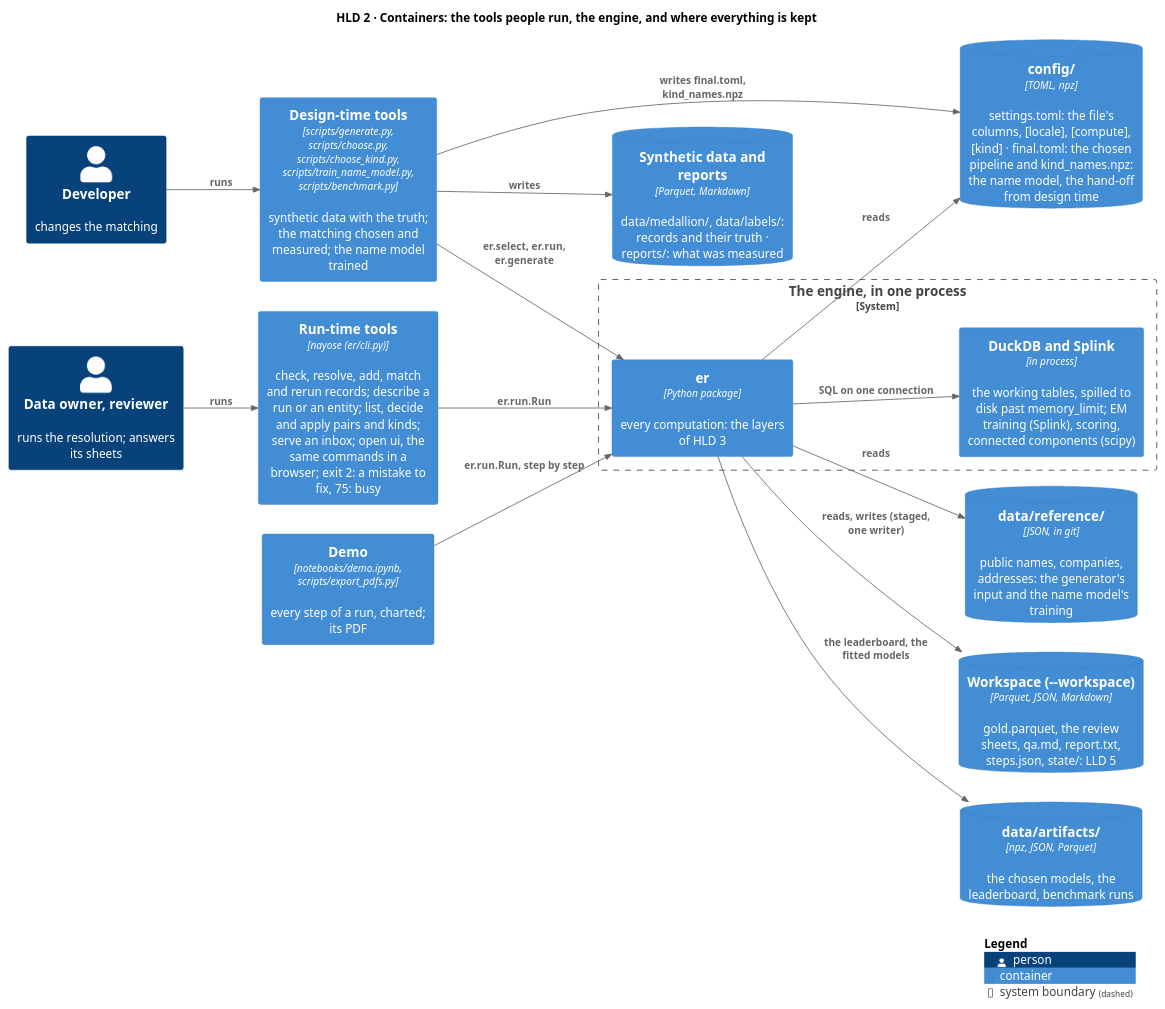
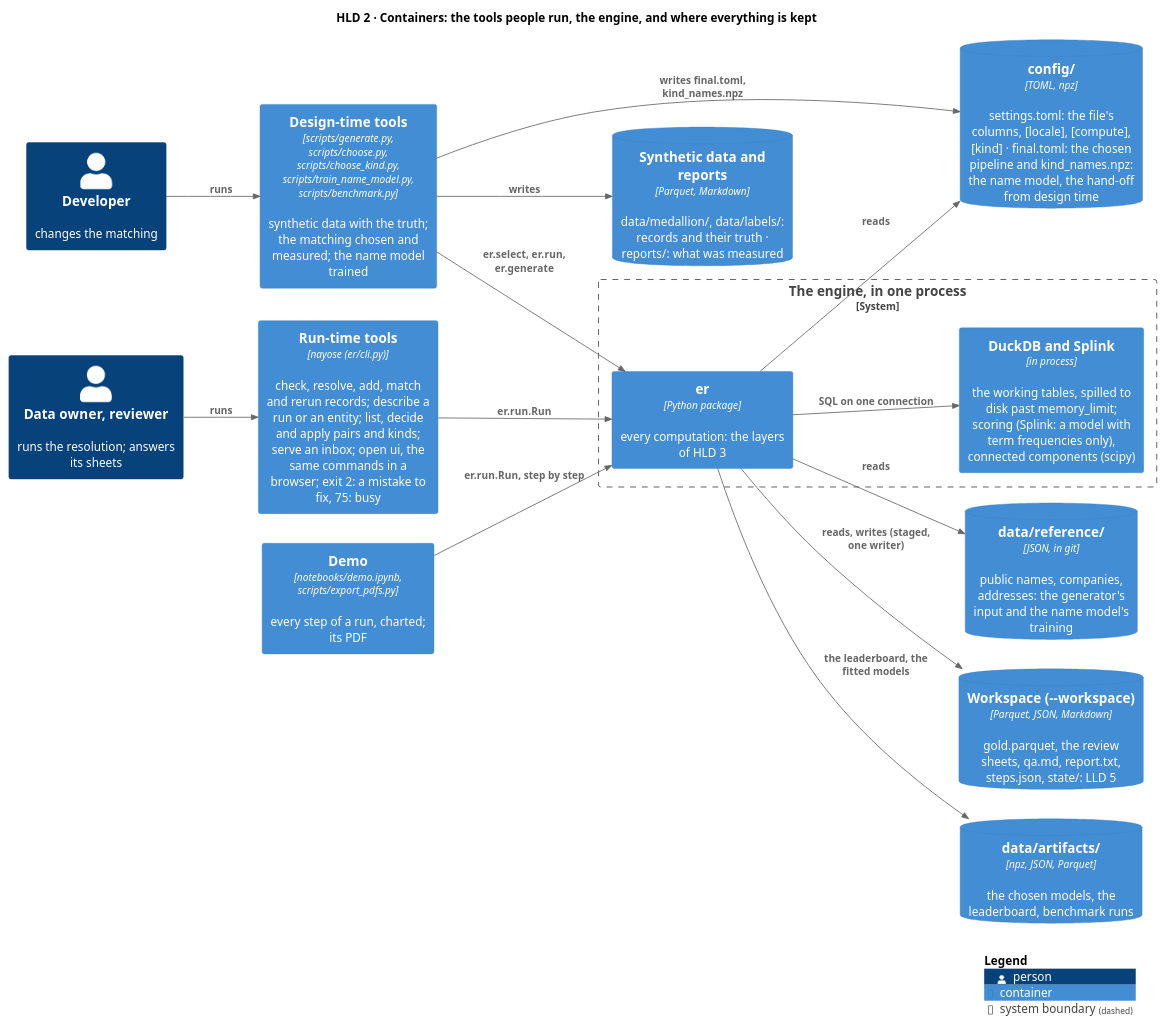
The diagram in docs/diagrams/containers.puml (mvsbm/entity_matching), drawn with PlantUML before and after one commit. The commit also changed 12 other files, not shown here.

First line of the commit message:
The model is fitted by our own code, not Splink's linker: er.fit holds λ from the near-certain rules, the EM sessions, and m from labels, ported from Splink 5.0

```diff
--- a/docs/diagrams/containers.puml
+++ b/docs/diagrams/containers.puml
@@ -1,39 +1,39 @@
 @startuml containers
 !include <C4/C4_Container>
 LAYOUT_LEFT_RIGHT()
 HIDE_STEREOTYPE()
 title HLD 2 · Containers: the tools people run, the engine, and where everything is kept
 
 Person(owner, "Data owner, reviewer", "runs the resolution; answers its sheets")
 Person(developer, "Developer", "changes the matching")
 
 Container(runtime, "Run-time tools", "nayose (er/cli.py)", "check, resolve, add, match and rerun records; describe a run or an entity; list, decide and apply pairs and kinds; serve an inbox; open ui, the same commands in a browser; exit 2: a mistake to fix, 75: busy")
 Container(designtime, "Design-time tools", "scripts/generate.py, scripts/choose.py, scripts/choose_kind.py, scripts/train_name_model.py, scripts/benchmark.py", "synthetic data with the truth; the matching chosen and measured; the name model trained")
 Container(demo, "Demo", "notebooks/demo.ipynb, scripts/export_pdfs.py", "every step of a run, charted; its PDF")
 
 System_Boundary(engine, "The engine, in one process") {
   Container(er, "er", "Python package", "every computation: the layers of HLD 3")
-  Container(duckdb, "DuckDB and Splink", "in process", "the working tables, spilled to disk past memory_limit; EM training (Splink), scoring, connected components (scipy)")
+  Container(duckdb, "DuckDB and Splink", "in process", "the working tables, spilled to disk past memory_limit; scoring (Splink: a model with term frequencies only), connected components (scipy)")
 }
 
 ContainerDb(config, "config/", "TOML, npz", "settings.toml: the file's columns, [locale], [compute], [kind] · final.toml: the chosen pipeline and kind_names.npz: the name model, the hand-off from design time")
 ContainerDb(reference, "data/reference/", "JSON, in git", "public names, companies, addresses: the generator's input and the name model's training")
 ContainerDb(runfolder, "Workspace (~--workspace)", "Parquet, JSON, Markdown", "gold.parquet, the review sheets, qa.md, report.txt, steps.json, state/: LLD 5")
 ContainerDb(artifacts, "data/artifacts/", "npz, JSON, Parquet", "the chosen models, the leaderboard, benchmark runs")
 ContainerDb(synthetic, "Synthetic data and reports", "Parquet, Markdown", "data/medallion/, data/labels/: records and their truth · reports/: what was measured")
 
 Rel(owner, runtime, "runs")
 Rel(developer, designtime, "runs")
 Rel(runtime, er, "er.run.Run")
 Rel(designtime, er, "er.select, er.run, er.generate")
 Rel(demo, er, "er.run.Run, step by step")
 Rel(er, duckdb, "SQL on one connection")
 Rel(er, config, "reads")
 Rel(er, reference, "reads")
 Rel(er, runfolder, "reads, writes (staged, one writer)")
 Rel(er, artifacts, "the leaderboard, the fitted models")
 Rel(designtime, synthetic, "writes")
 Rel(designtime, config, "writes final.toml, kind_names.npz")
 
 SHOW_LEGEND()
 @enduml
```
